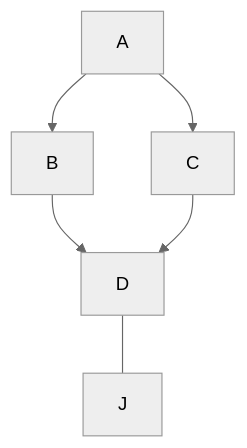
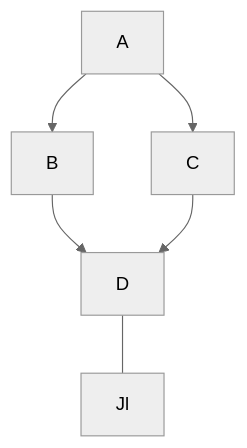
The second of 2 diagrams in README.md (misterkrull/GitWhippingBoy), drawn with Mermaid (neutral theme) before and after one commit.

Commit message:
Update README.md 1234567891011121314

````diff
--- a/README.md
+++ b/README.md
@@ -17,8 +17,8 @@
 ```mermaid
   graph TD;
       A-->B;
       A-->C;
       B-->D;
       C-->D;
-      D---J;
+      D---Jl;
 ```
````
